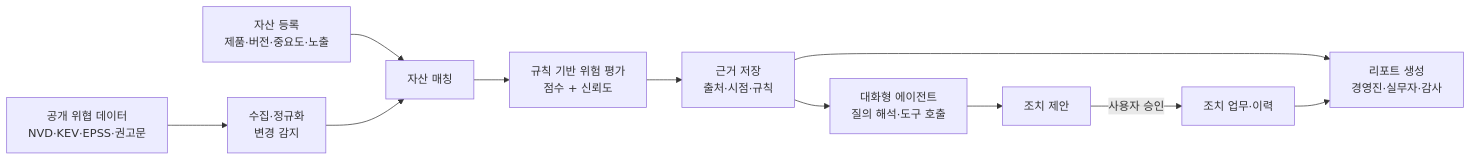
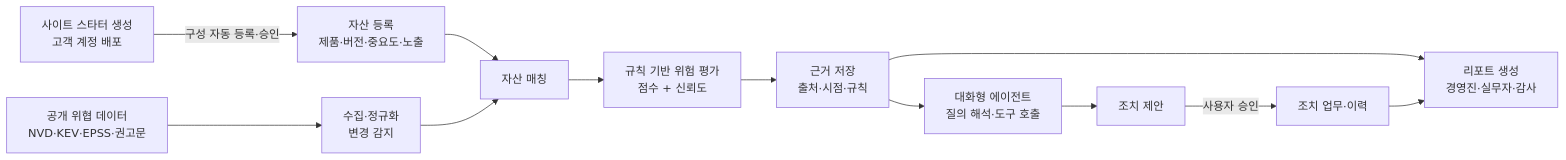
Before and after one commit to kty2001/final_mvp: the diagram in 기획안_v2.md, drawn with Mermaid. The commit also changed other lines of this file and 5 other files, not shown here.

````diff
--- a/기획안_v2.md
+++ b/기획안_v2.md
@@ -220,13 +301,14 @@
 ```mermaid
 flowchart LR
   A[공개 위협 데이터<br/>NVD·KEV·EPSS·권고문] --> B[수집·정규화<br/>변경 감지]
   C[자산 등록<br/>제품·버전·중요도·노출] --> D[자산 매칭]
   B --> D
   D --> E[규칙 기반 위험 평가<br/>점수 + 신뢰도]
   E --> F[근거 저장<br/>출처·시점·규칙]
   F --> G[대화형 에이전트<br/>질의 해석·도구 호출]
   F --> H[리포트 생성<br/>경영진·실무자·감사]
   G --> I[조치 제안]
   I -->|사용자 승인| J[조치 업무·이력]
   J --> H
+  S[사이트 스타터 생성<br/>고객 계정 배포] -->|구성 자동 등록·승인| C
 ```
````
